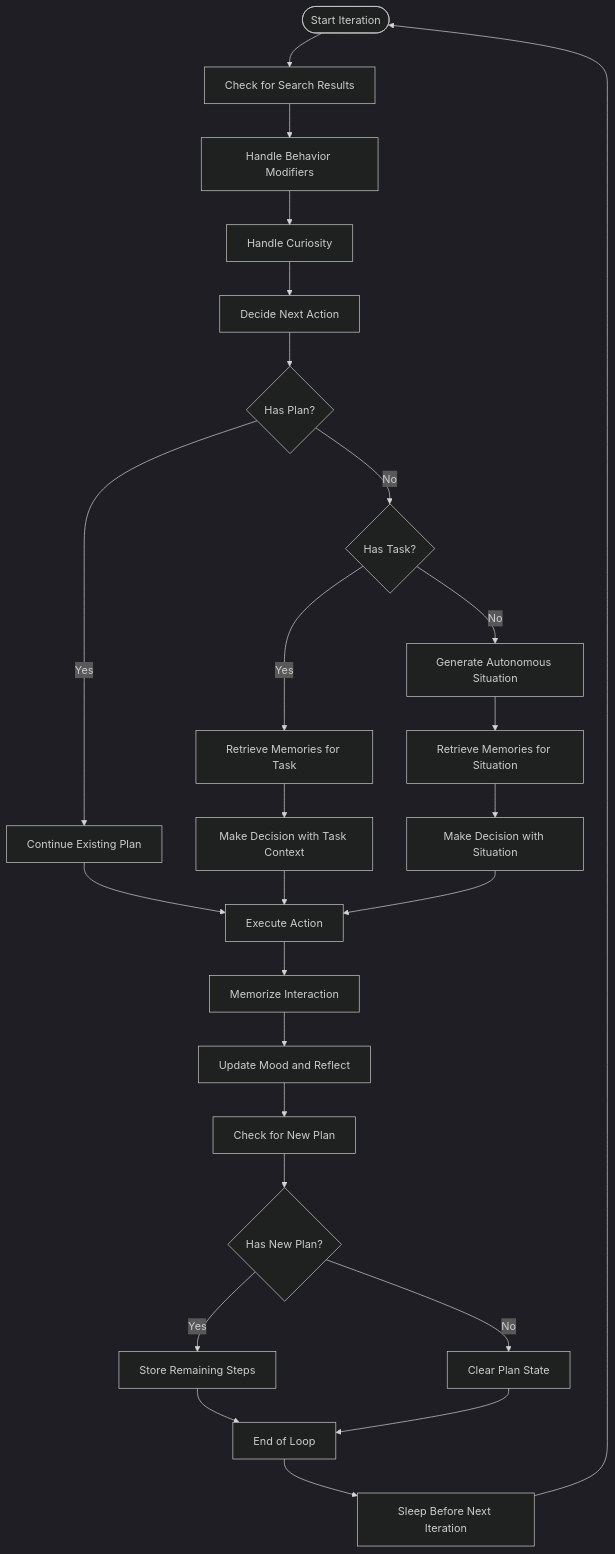
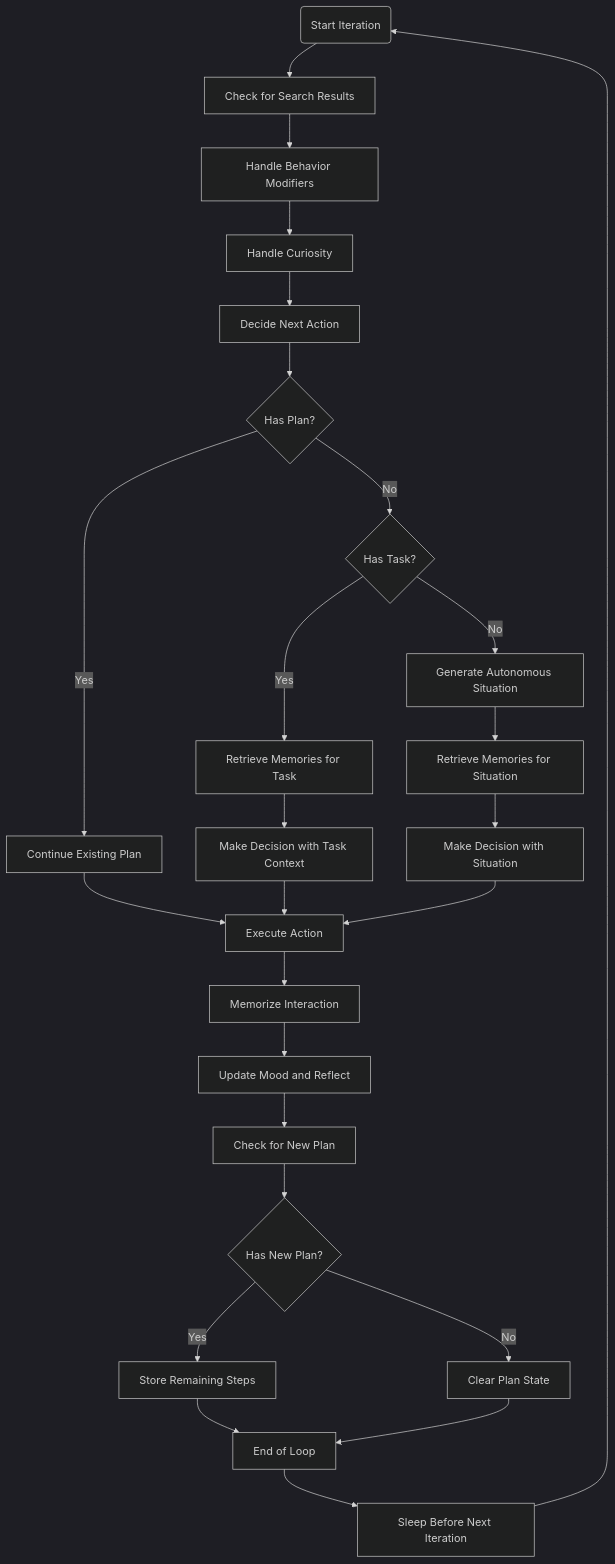
The second of 5 diagrams in docs/Core System/AGISystem Orchestration.md (Likhithsai2580/RAVANA-WIKI), drawn with Mermaid (dark theme) before and after one commit. The commit also changed other lines of this file and 31 other files, not shown here.

First line of the commit message:
Fix(docs): Correct Mermaid diagram syntax

````diff
--- a/docs/Core System/AGISystem Orchestration.md
+++ b/docs/Core System/AGISystem Orchestration.md
@@ -305,28 +305,28 @@
 ```mermaid
 flowchart TD
-Start([Start Iteration]) --> CheckResults["Check for Search Results"]
+Start("Start Iteration") --> CheckResults["Check for Search Results"]
 CheckResults --> HandleModifiers["Handle Behavior Modifiers"]
 HandleModifiers --> HandleCuriosity["Handle Curiosity"]
 HandleCuriosity --> DecideNext["Decide Next Action"]
 DecideNext --> HasPlan{Has Plan?}
 HasPlan --> |Yes| ContinuePlan["Continue Existing Plan"]
 HasPlan --> |No| HasTask{Has Task?}
 HasTask --> |Yes| RetrieveMemoriesTask["Retrieve Memories for Task"]
 HasTask --> |No| GenerateSituation["Generate Autonomous Situation"]
 RetrieveMemoriesTask --> MakeDecisionTask["Make Decision with Task Context"]
 GenerateSituation --> RetrieveMemoriesAuto["Retrieve Memories for Situation"]
 RetrieveMemoriesAuto --> MakeDecisionAuto["Make Decision with Situation"]
 ContinuePlan --> ExecuteAction["Execute Action"]
 MakeDecisionTask --> ExecuteAction
 MakeDecisionAuto --> ExecuteAction
 ExecuteAction --> Memorize["Memorize Interaction"]
 Memorize --> UpdateMood["Update Mood and Reflect"]
 UpdateMood --> CheckPlan["Check for New Plan"]
 CheckPlan --> HasNewPlan{Has New Plan?}
 HasNewPlan --> |Yes| StorePlan["Store Remaining Steps"]
 HasNewPlan --> |No| ClearPlan["Clear Plan State"]
 StorePlan --> EndLoop["End of Loop"]
 ClearPlan --> EndLoop
 EndLoop --> Sleep["Sleep Before Next Iteration"]
 Sleep --> Start
 ```
````
